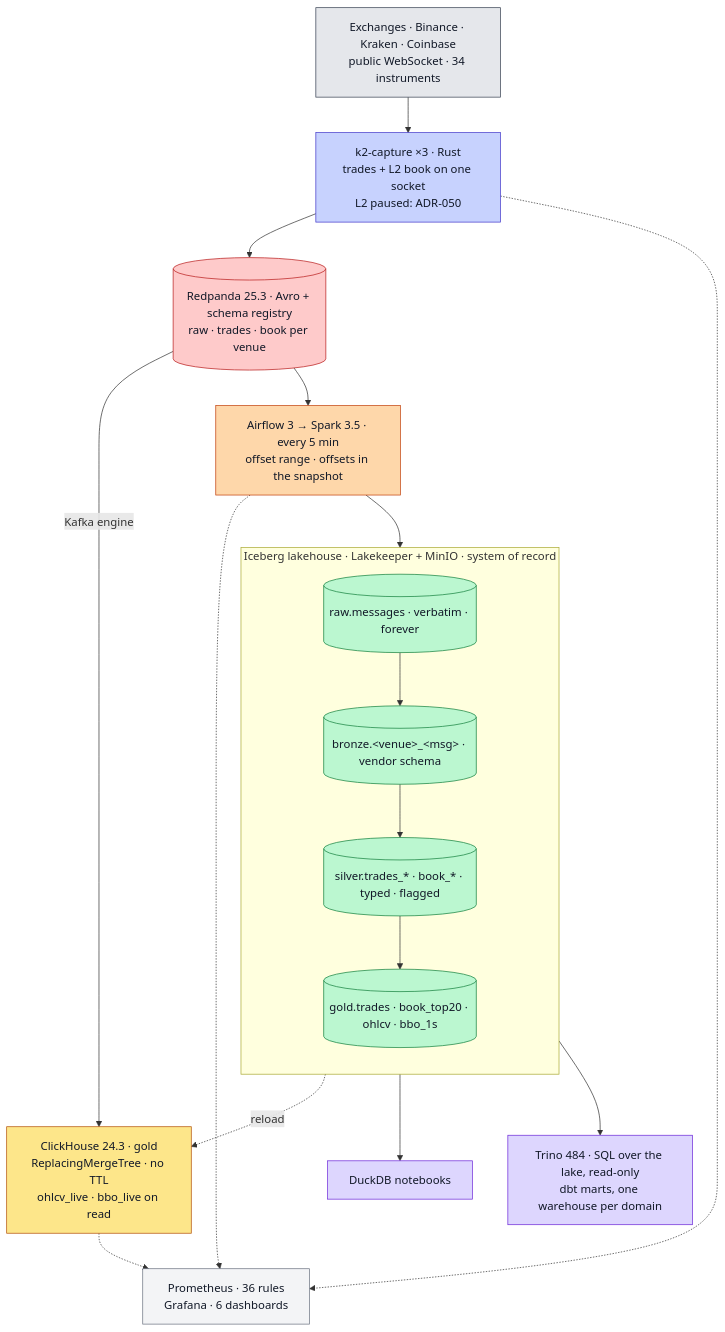
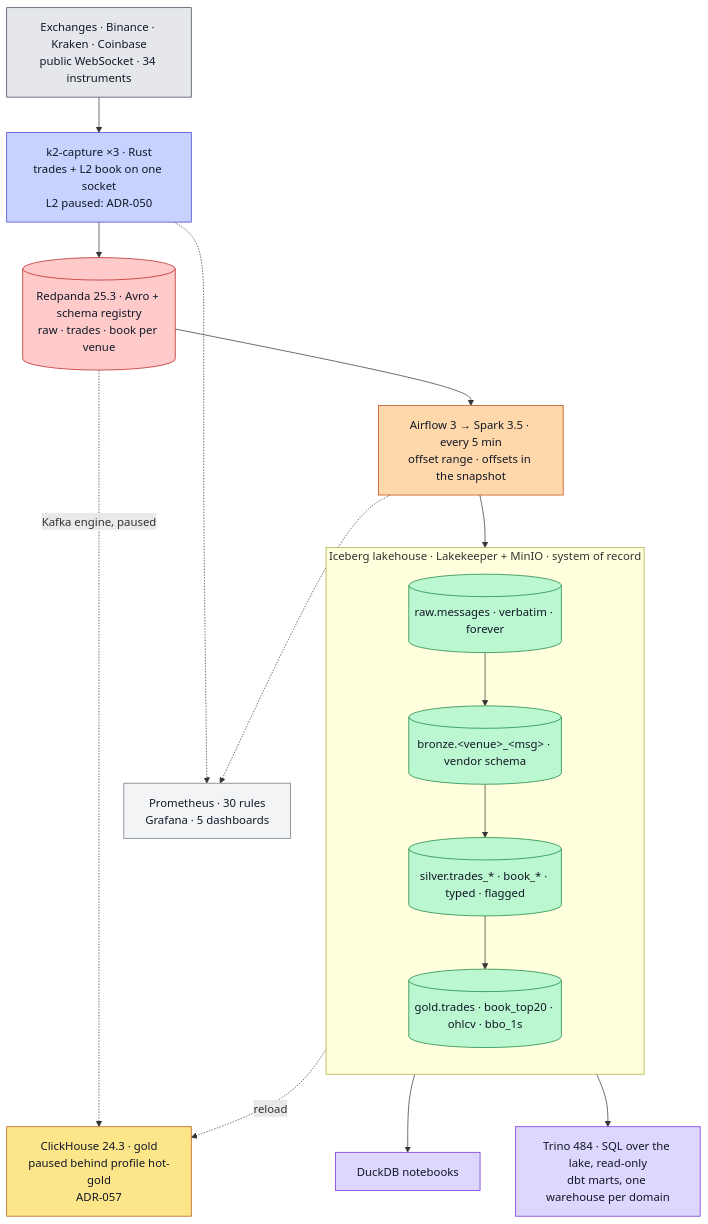
One commit to rjdscott/k2-market-data-platform changed the diagram in README.md. Above: the diagram before and after it, drawn with Mermaid. The commit also changed other lines of this file and 15 other files, not shown here.

First line of the commit message:
docs: ClickHouse paused in the README, CLAUDE.md and chapters (N0-11)

````diff
--- a/README.md
+++ b/README.md
@@ -73,36 +73,36 @@
 ```mermaid
 flowchart TB
   E["Exchanges · Binance · Kraken · Coinbase<br/>public WebSocket · 34 instruments"]:::ex
   F["k2-capture ×3 · Rust<br/>trades + L2 book on one socket<br/>L2 paused: ADR-050"]:::rs
   R[("Redpanda 25.3 · Avro + schema registry<br/>raw · trades · book per venue")]:::rp
-  C["ClickHouse 24.3 · gold<br/>ReplacingMergeTree · no TTL<br/>ohlcv_live · bbo_live on read"]:::ch
+  C["ClickHouse 24.3 · gold<br/>paused behind profile hot-gold<br/>ADR-057"]:::ch
   S["Airflow 3 → Spark 3.5 · every 5 min<br/>offset range · offsets in the snapshot"]:::sp
   subgraph L["Iceberg lakehouse · Lakekeeper + MinIO · system of record"]
     direction TB
     RAW[("raw.messages · verbatim · forever")]:::lk
     BR[("bronze.&lt;venue&gt;_&lt;msg&gt; · vendor schema")]:::lk
     SV[("silver.trades_* · book_* · typed · flagged")]:::lk
     GD[("gold.trades · book_top20 · ohlcv · bbo_1s")]:::lk
     RAW --> BR --> SV --> GD
   end
   N["DuckDB notebooks"]:::nb
   T["Trino 484 · SQL over the lake, read-only<br/>dbt marts, one warehouse per domain"]:::nb
-  O["Prometheus · 36 rules<br/>Grafana · 6 dashboards"]:::ob
+  O["Prometheus · 30 rules<br/>Grafana · 5 dashboards"]:::ob
 
   E --> F --> R
-  R -->|Kafka engine| C
+  R -.->|Kafka engine, paused| C
   R --> S --> RAW
   GD -.->|reload| C
   GD --> N
   L --> T
-  F & S & C -.-> O
+  F & S -.-> O
 
   classDef ex fill:#e5e7eb,stroke:#374151,color:#111827
   classDef rs fill:#c7d2fe,stroke:#4338ca,color:#111827
   classDef rp fill:#fecaca,stroke:#b91c1c,color:#111827
   classDef lk fill:#bbf7d0,stroke:#15803d,color:#111827
   classDef sp fill:#fed7aa,stroke:#c2410c,color:#111827
   classDef ch fill:#fde68a,stroke:#b45309,color:#111827
   classDef nb fill:#ddd6fe,stroke:#6d28d9,color:#111827
   classDef ob fill:#f3f4f6,stroke:#6b7280,color:#111827
 ```
````
